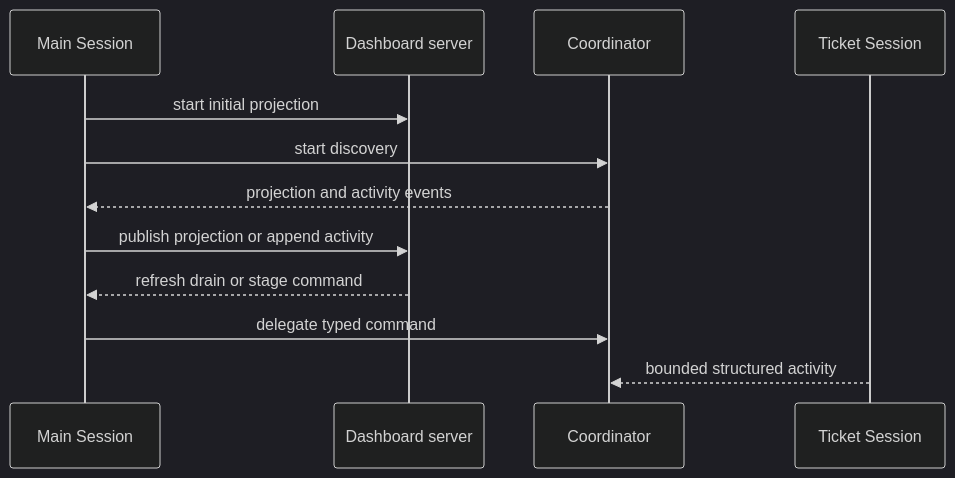
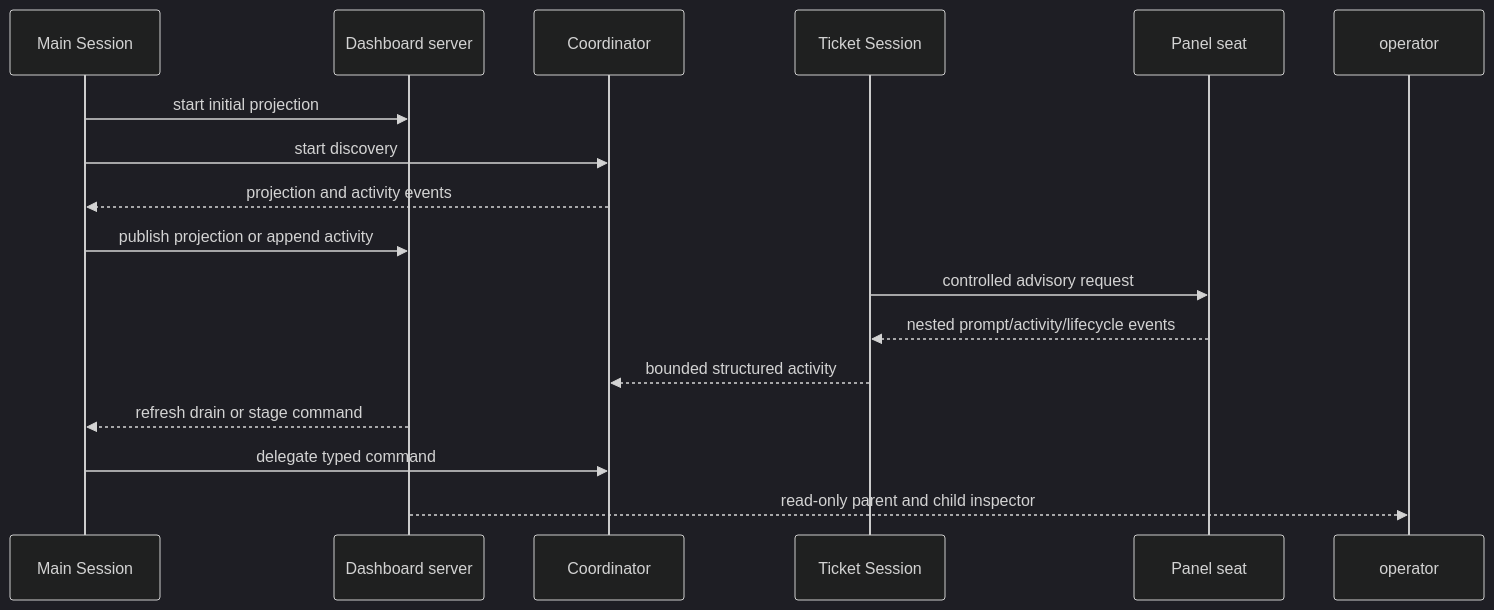
The diagram in openwiki/architecture/dashboard.md (stanley50z/sz-pi-auto-mode), drawn with Mermaid (dark theme) before and after one commit. The commit also changed other lines of this file and 22 other files, not shown here.

First line of the commit message:
feat: inspect nested Ticket Session activity

````diff
--- a/openwiki/architecture/dashboard.md
+++ b/openwiki/architecture/dashboard.md
@@ -26,14 +26,18 @@
 ```mermaid
 sequenceDiagram
   participant M as Main Session
   participant D as Dashboard server
   participant C as Coordinator
   participant T as Ticket Session
+  participant P as Panel seat
   M->>D: start initial projection
   M->>C: start discovery
   C-->>M: projection and activity events
   M->>D: publish projection or append activity
+  T->>P: controlled advisory request
+  P-->>T: nested prompt/activity/lifecycle events
+  T-->>C: bounded structured activity
   D-->>M: refresh drain or stage command
   M->>C: delegate typed command
-  T-->>C: bounded structured activity
+  D-->>operator: read-only parent and child inspector
 ```
````
